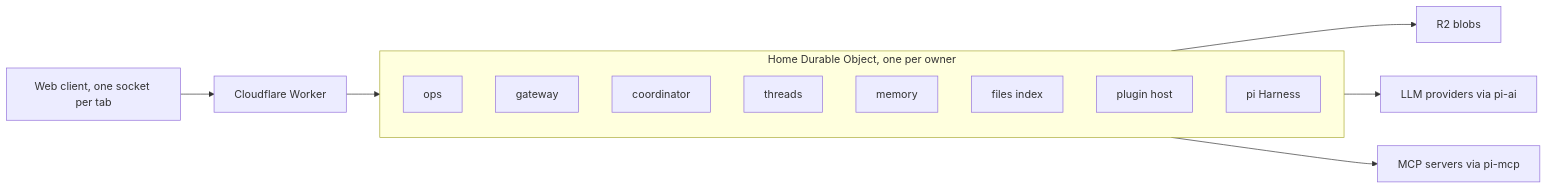
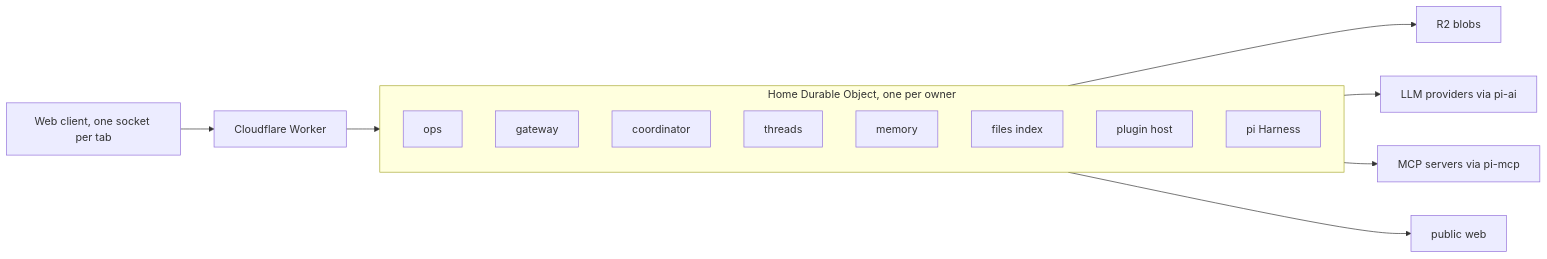
The diagram in docs/plan/README.md (keyurbodar/xin), drawn with Mermaid before and after one commit. The commit also changed other lines of this file and 4 other files, not shown here.

````diff
--- a/docs/plan/README.md
+++ b/docs/plan/README.md
@@ -18,18 +18,19 @@
 ```mermaid
 flowchart LR
   WC["Web client, one socket per tab"] --> WK["Cloudflare Worker"]
   subgraph HOME["Home Durable Object, one per owner"]
     OPS["ops"]
     GW["gateway"]
     CO["coordinator"]
     TH["threads"]
     MEM["memory"]
     FI["files index"]
     PH["plugin host"]
     PI["pi Harness"]
   end
   WK --> HOME
   HOME --> R2["R2 blobs"]
   HOME --> LLM["LLM providers via pi-ai"]
   HOME --> MCP["MCP servers via pi-mcp"]
+  HOME --> WEB["public web"]
 ```
````
